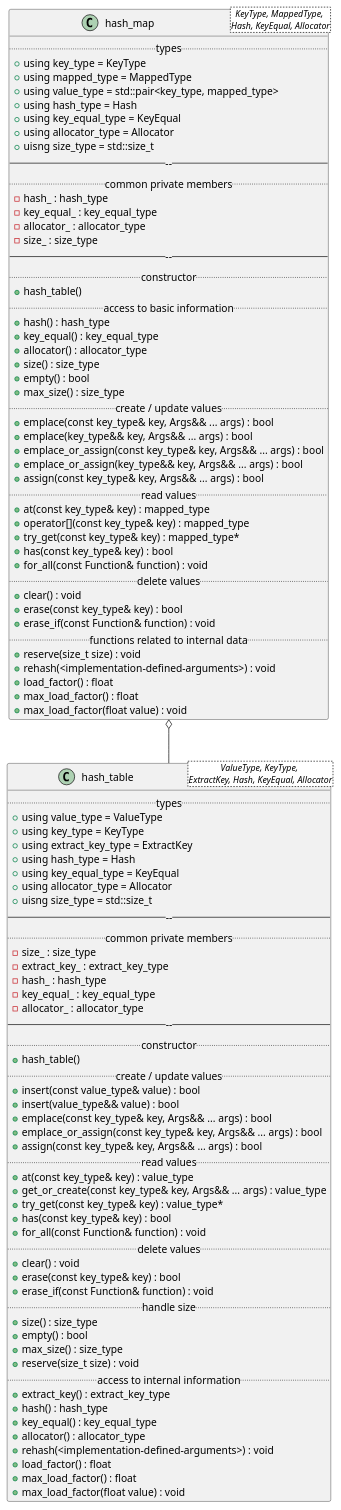
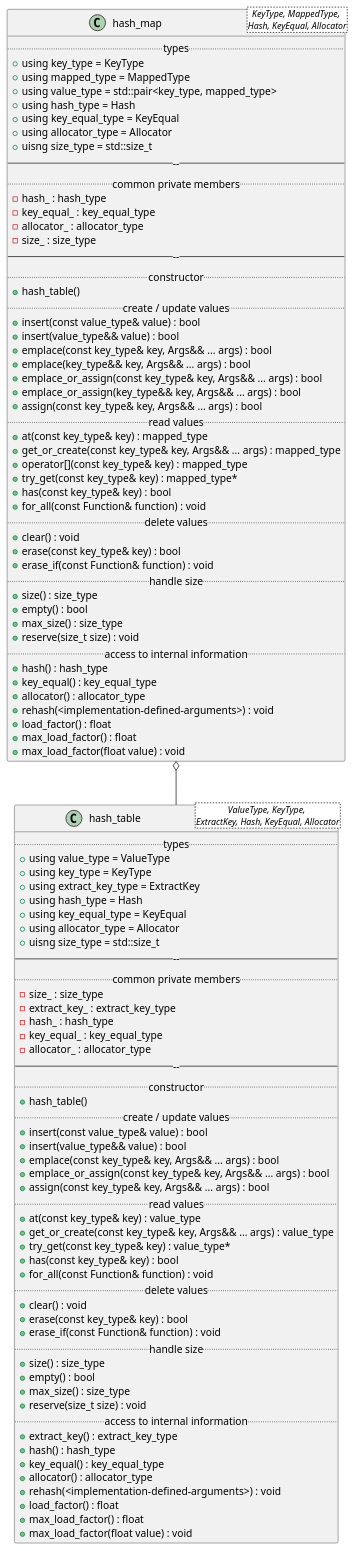
One commit to MusicScience37/cpp-hash-tables changed the diagram in doc/sphinx/src/design/class_diagrams/full_hash_table.puml. Above: the diagram before and after it, drawn with PlantUML. The commit also changed 5 other files, not shown here.

```diff
--- a/doc/sphinx/src/design/class_diagrams/full_hash_table.puml
+++ b/doc/sphinx/src/design/class_diagrams/full_hash_table.puml
@@ -1,104 +1,107 @@
 @startuml FullHashTable
 
 class hash_table<ValueType, KeyType, \nExtractKey, Hash, KeyEqual, Allocator> {
     .. types ..
     + using value_type = ValueType
     + using key_type = KeyType
     + using extract_key_type = ExtractKey
     + using hash_type = Hash
     + using key_equal_type = KeyEqual
     + using allocator_type = Allocator
     + uisng size_type = std::size_t
     ------
     .. common private members ..
     - size_ : size_type
     - extract_key_ : extract_key_type
     - hash_ : hash_type
     - key_equal_ : key_equal_type
     - allocator_ : allocator_type
     ------
     .. constructor ..
     + hash_table()
     .. create / update values ..
     + insert(const value_type& value) : bool
     + insert(value_type&& value) : bool
     + emplace(const key_type& key, Args&& ... args) : bool
     + emplace_or_assign(const key_type& key, Args&& ... args) : bool
     + assign(const key_type& key, Args&& ... args) : bool
     .. read values ..
     + at(const key_type& key) : value_type
     + get_or_create(const key_type& key, Args&& ... args) : value_type
     + try_get(const key_type& key) : value_type*
     + has(const key_type& key) : bool
     + for_all(const Function& function) : void
     .. delete values ..
     + clear() : void
     + erase(const key_type& key) : bool
     + erase_if(const Function& function) : void
     .. handle size ..
     + size() : size_type
     + empty() : bool
     + max_size() : size_type
     + reserve(size_t size) : void
     .. access to internal information ..
     + extract_key() : extract_key_type
     + hash() : hash_type
     + key_equal() : key_equal_type
     + allocator() : allocator_type
     + rehash(<implementation-defined-arguments>) : void
     + load_factor() : float
     + max_load_factor() : float
     + max_load_factor(float value) : void
 }
 
 class hash_map<KeyType, MappedType, \nHash, KeyEqual, Allocator> {
     .. types ..
     + using key_type = KeyType
     + using mapped_type = MappedType
     + using value_type = std::pair<key_type, mapped_type>
     + using hash_type = Hash
     + using key_equal_type = KeyEqual
     + using allocator_type = Allocator
     + uisng size_type = std::size_t
     ------
     .. common private members ..
     - hash_ : hash_type
     - key_equal_ : key_equal_type
     - allocator_ : allocator_type
     - size_ : size_type
     ------
     .. constructor ..
     + hash_table()
-    .. access to basic information ..
-    + hash() : hash_type
-    + key_equal() : key_equal_type
-    + allocator() : allocator_type
-    + size() : size_type
-    + empty() : bool
-    + max_size() : size_type
     .. create / update values ..
+    + insert(const value_type& value) : bool
+    + insert(value_type&& value) : bool
     + emplace(const key_type& key, Args&& ... args) : bool
     + emplace(key_type&& key, Args&& ... args) : bool
     + emplace_or_assign(const key_type& key, Args&& ... args) : bool
     + emplace_or_assign(key_type&& key, Args&& ... args) : bool
     + assign(const key_type& key, Args&& ... args) : bool
     .. read values ..
     + at(const key_type& key) : mapped_type
+    + get_or_create(const key_type& key, Args&& ... args) : mapped_type
     + operator[](const key_type& key) : mapped_type
     + try_get(const key_type& key) : mapped_type*
     + has(const key_type& key) : bool
     + for_all(const Function& function) : void
     .. delete values ..
     + clear() : void
     + erase(const key_type& key) : bool
     + erase_if(const Function& function) : void
-    .. functions related to internal data ..
+    .. handle size ..
+    + size() : size_type
+    + empty() : bool
+    + max_size() : size_type
     + reserve(size_t size) : void
+    .. access to internal information ..
+    + hash() : hash_type
+    + key_equal() : key_equal_type
+    + allocator() : allocator_type
     + rehash(<implementation-defined-arguments>) : void
     + load_factor() : float
     + max_load_factor() : float
     + max_load_factor(float value) : void
 }
 hash_map o-- hash_table
 
 @enduml
```
